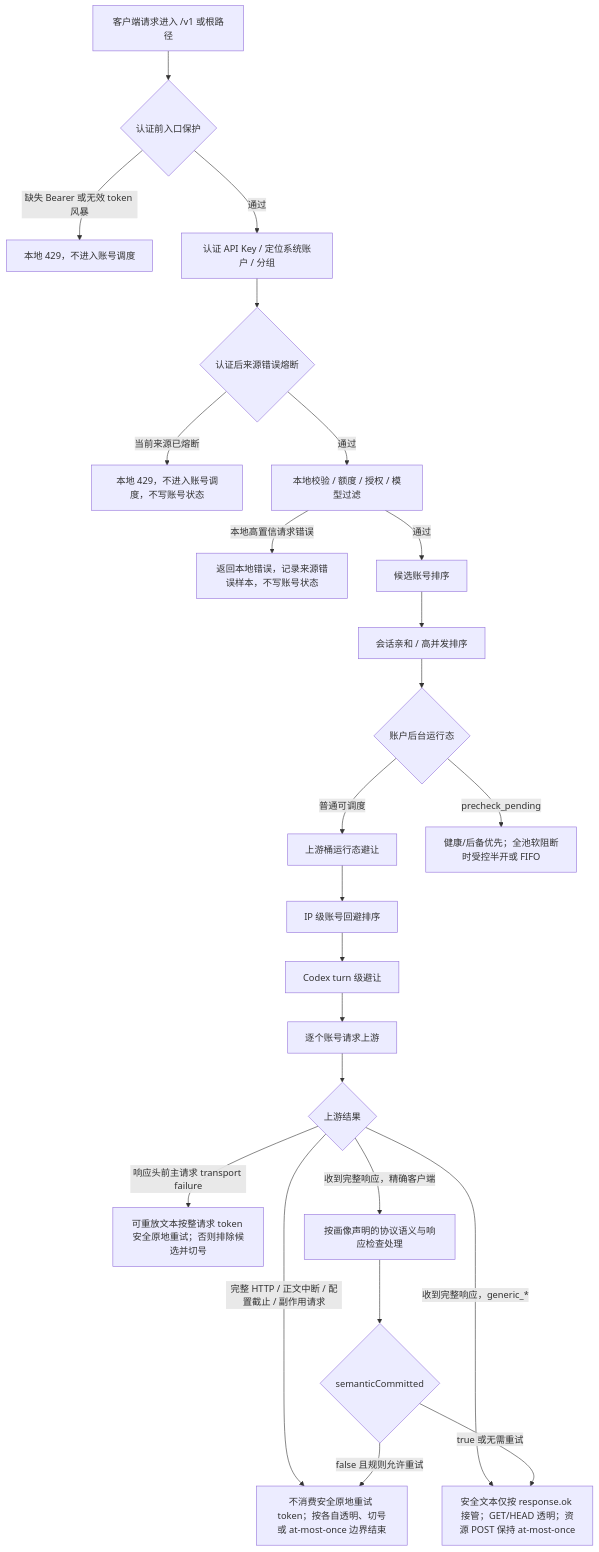
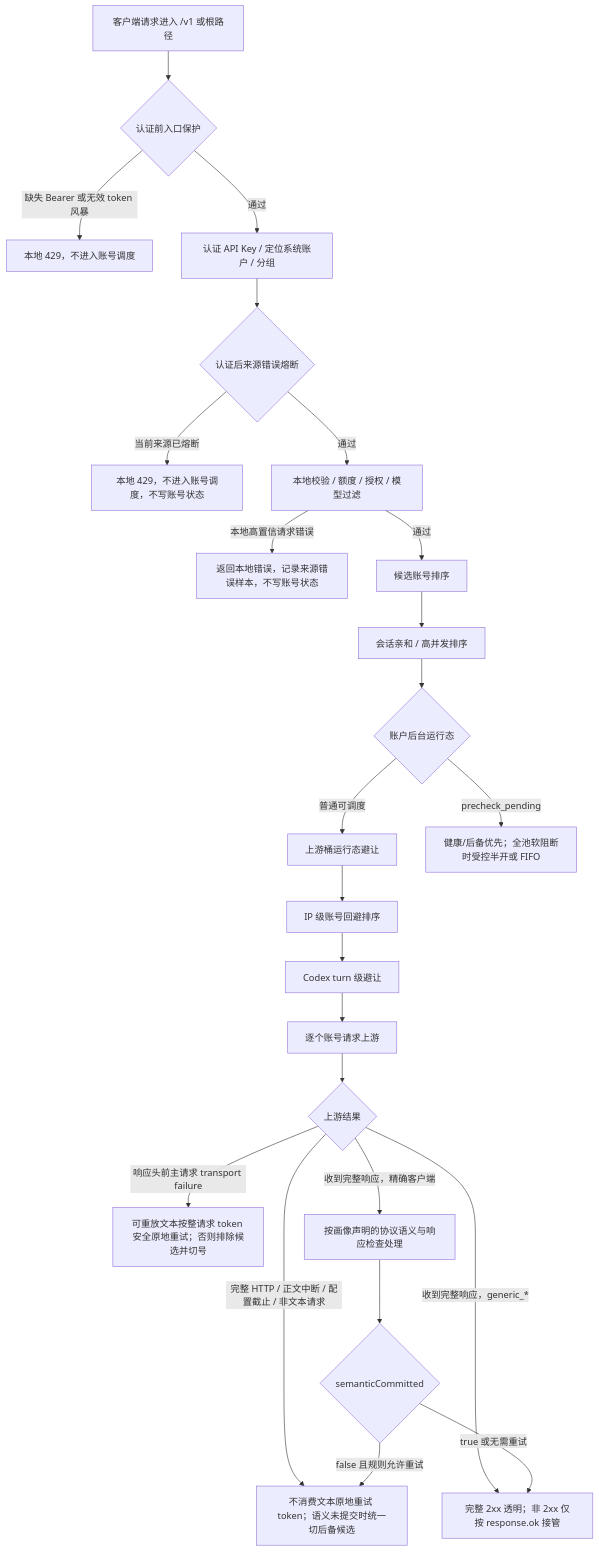
One commit to huanmin123/juhe-ai changed the diagram in docs/functions/网关错误处理完整链路.md. Above: the diagram before and after it, drawn with Mermaid. The commit also changed other lines of this file and 109 other files, not shown here.

````diff
--- a/docs/functions/网关错误处理完整链路.md
+++ b/docs/functions/网关错误处理完整链路.md
@@ -53,26 +53,26 @@
 ```mermaid
 flowchart TD
   A["客户端请求进入 /v1 或根路径"] --> B{"认证前入口保护"}
   B -- "缺失 Bearer 或无效 token 风暴" --> B1["本地 429，不进入账号调度"]
   B -- "通过" --> C["认证 API Key / 定位系统账户 / 分组"]
   C --> D{"认证后来源错误熔断"}
   D -- "当前来源已熔断" --> D1["本地 429，不进入账号调度，不写账号状态"]
   D -- "通过" --> E["本地校验 / 额度 / 授权 / 模型过滤"]
   E -- "本地高置信请求错误" --> E1["返回本地错误，记录来源错误样本，不写账号状态"]
   E -- "通过" --> F["候选账号排序"]
   F --> F1["会话亲和 / 高并发排序"]
   F1 --> F2{"账户后台运行态"}
   F2 -- "普通可调度" --> F3["上游桶运行态避让"]
   F2 -- "precheck_pending" --> F2A["健康/后备优先；全池软阻断时受控半开或 FIFO"]
   F3 --> F4["IP 级账号回避排序"]
   F4 --> F5["Codex turn 级避让"]
   F5 --> G["逐个账号请求上游"]
   G --> H{"上游结果"}
   H -- "响应头前主请求 transport failure" --> I["可重放文本按整请求 token 安全原地重试；否则排除候选并切号"]
-  H -- "完整 HTTP / 正文中断 / 配置截止 / 副作用请求" --> I2["不消费安全原地重试 token；按各自透明、切号或 at-most-once 边界结束"]
-  H -- "收到完整响应，generic_*" --> J["安全文本仅按 response.ok 接管；GET/HEAD 透明；资源 POST 保持 at-most-once"]
+  H -- "完整 HTTP / 正文中断 / 配置截止 / 非文本请求" --> I2["不消费文本原地重试 token；语义未提交时统一切后备候选"]
+  H -- "收到完整响应，generic_*" --> J["完整 2xx 透明；非 2xx 仅按 response.ok 接管"]
   H -- "收到完整响应，精确客户端" --> K["按画像声明的协议语义与响应检查处理"]
   K --> L{"semanticCommitted"}
   L -- "false 且规则允许重试" --> I2
   L -- "true 或无需重试" --> J
 ```
````
